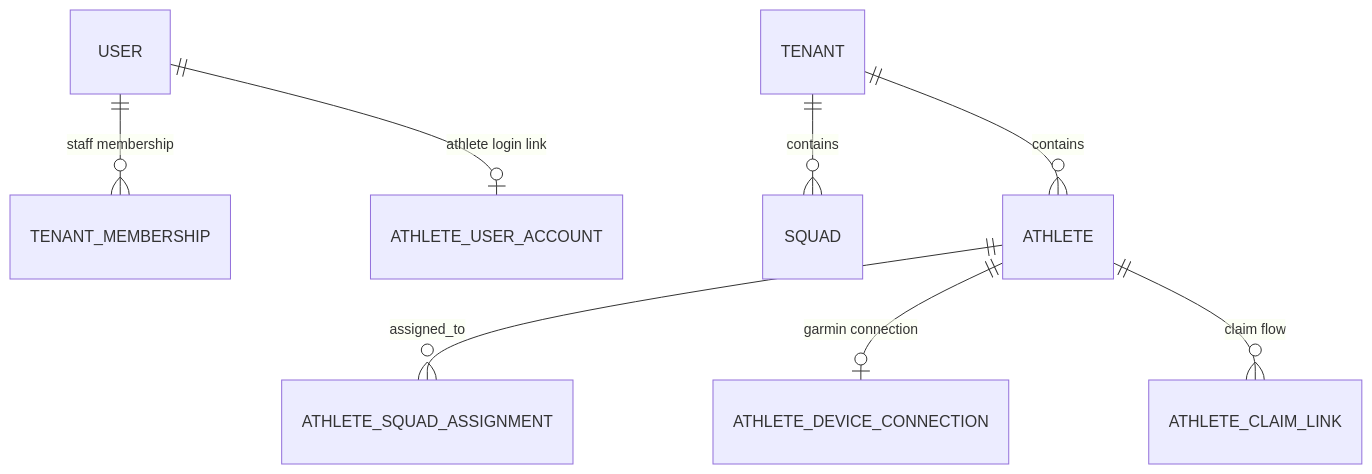
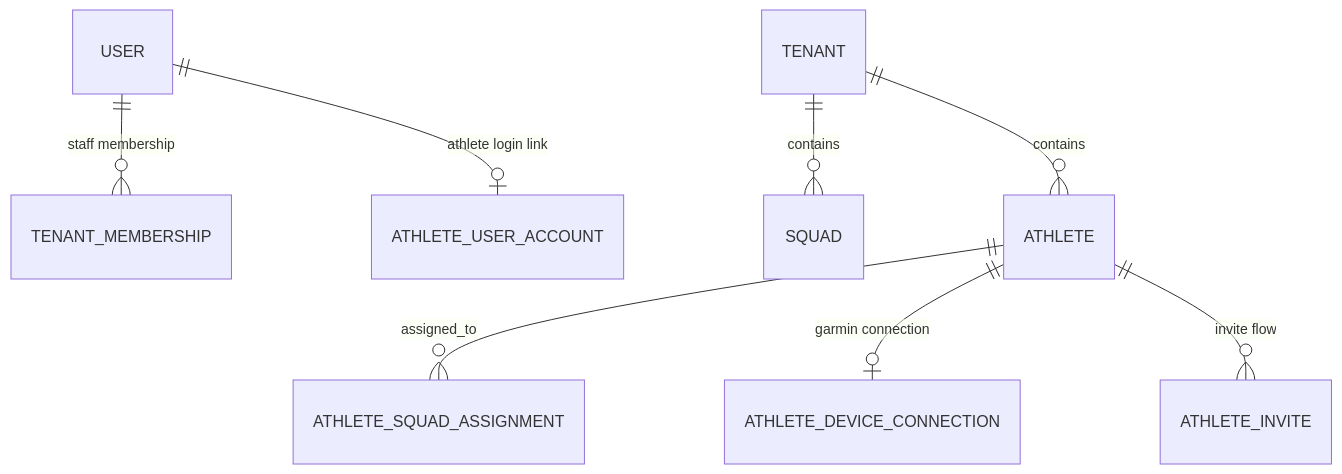
Before and after one commit to eademi/pulsi: diagram 11 of 13 in docs/SYSTEM_DIAGRAMS.md, drawn with Mermaid. The commit also changed other lines of this file and 43 other files, not shown here.

First line of the commit message:
feat: refactor athlete invite system and introduce admin routes for Garmin management

````diff
--- a/docs/SYSTEM_DIAGRAMS.md
+++ b/docs/SYSTEM_DIAGRAMS.md
@@ -209,10 +209,10 @@
 ```mermaid
 erDiagram
   USER ||--o{ TENANT_MEMBERSHIP : "staff membership"
   USER ||--o| ATHLETE_USER_ACCOUNT : "athlete login link"
   TENANT ||--o{ SQUAD : contains
   TENANT ||--o{ ATHLETE : contains
   ATHLETE ||--o{ ATHLETE_SQUAD_ASSIGNMENT : assigned_to
   ATHLETE ||--o| ATHLETE_DEVICE_CONNECTION : "garmin connection"
-  ATHLETE ||--o{ ATHLETE_CLAIM_LINK : "claim flow"
+  ATHLETE ||--o{ ATHLETE_INVITE : "invite flow"
 ```
````
